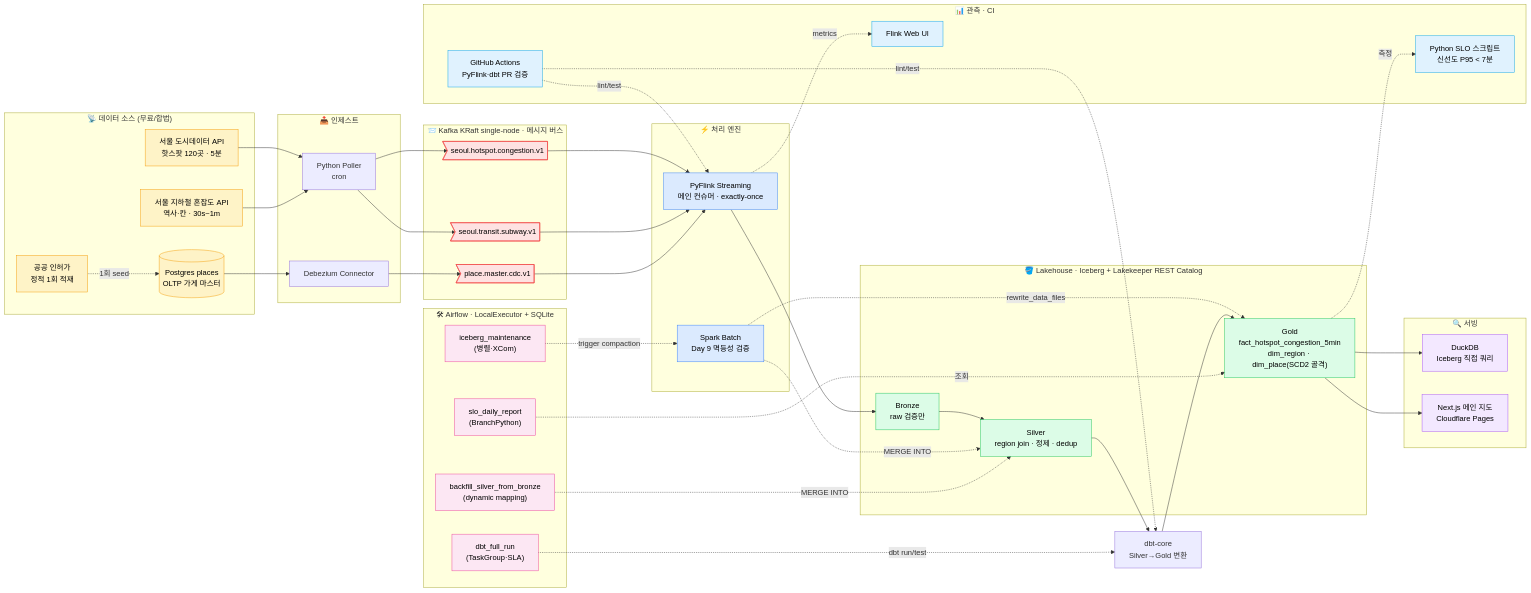
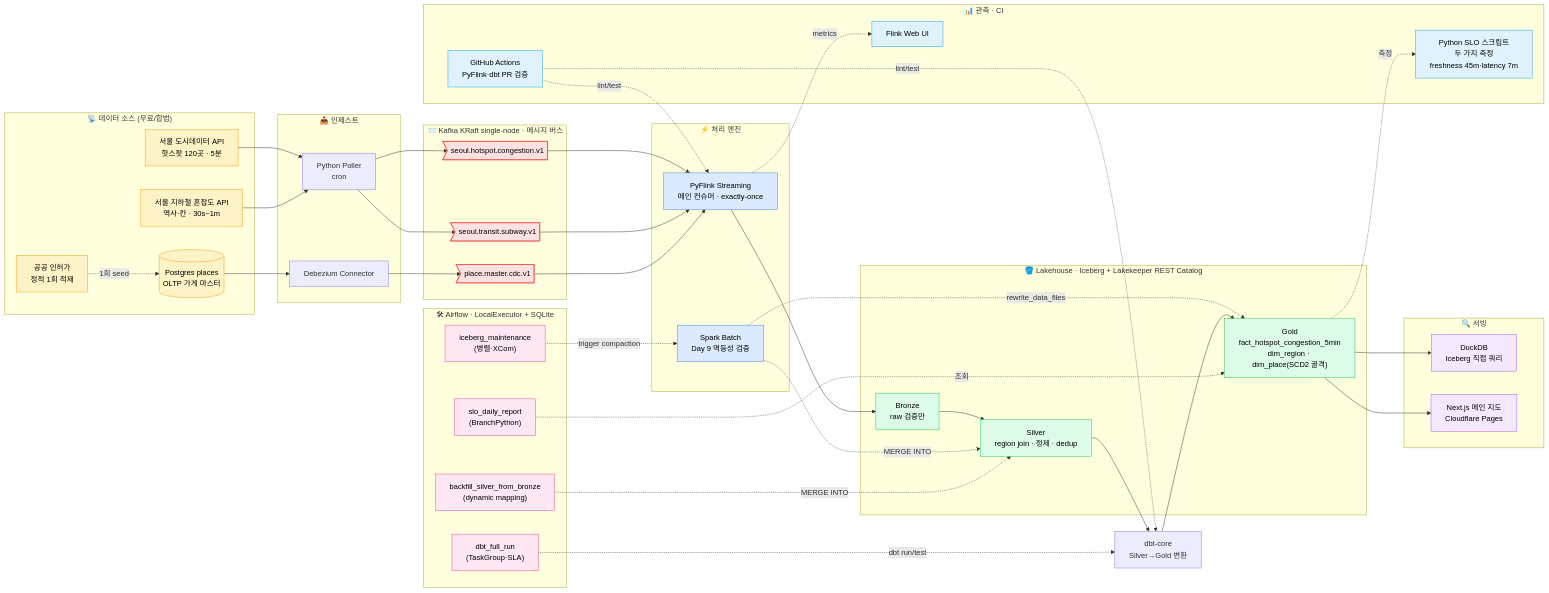
The first of 2 diagrams in docs/architecture/data-flow.md (benidjor/seoul-citydata-platform), drawn with Mermaid before and after one commit. The commit also changed other lines of this file and 12 other files, not shown here.

```diff
--- a/docs/architecture/data-flow.md
+++ b/docs/architecture/data-flow.md
@@ -90,7 +90,7 @@
 
   subgraph OBS["📊 관측 · CI"]
     FUI["Flink Web UI"]:::obs
-    SLO["Python SLO 스크립트<br/>신선도 P95 < 7분"]:::obs
+    SLO["Python SLO 스크립트<br/>두 가지 측정<br/>freshness 45m·latency 7m"]:::obs
     GHA["GitHub Actions<br/>PyFlink·dbt PR 검증"]:::obs
   end
 
```
